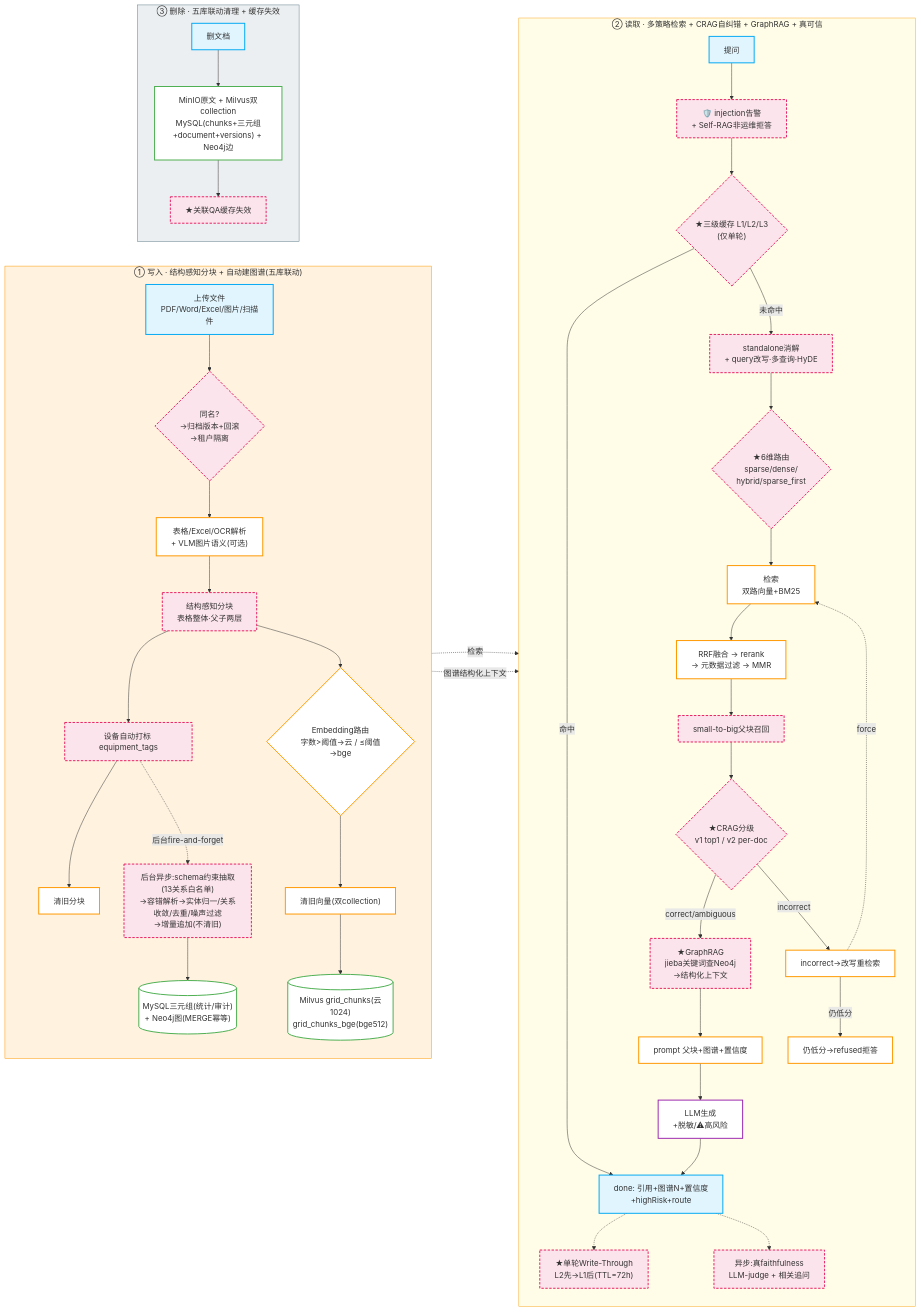
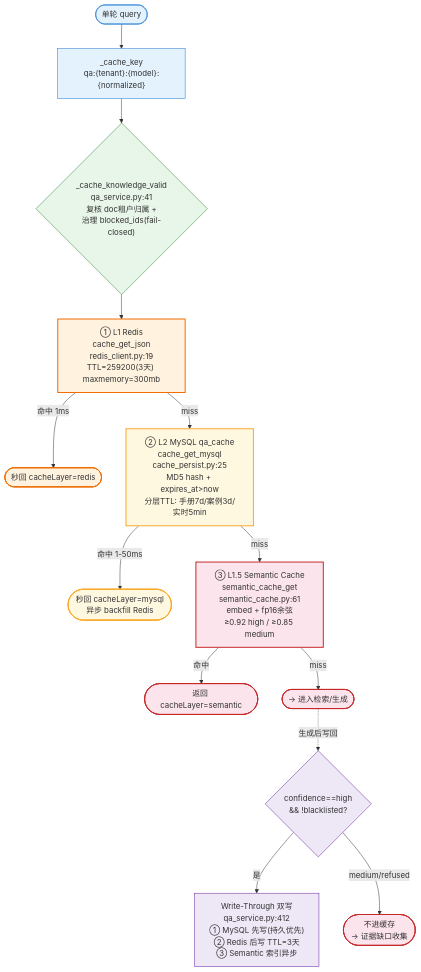
Before and after one commit to zhyese/grid-qa: diagram 12 of 29 in README.md, drawn with Mermaid. The commit also changed other lines of this file and 2 other files, not shown here.

First line of the commit message:
docs(rag): README 全量重组(RAG三功能29架构图) + release包目录健壮性

````diff
--- a/README.md
+++ b/README.md
@@ -275,76 +461,25 @@
 ```mermaid
-flowchart LR
-    classDef io fill:#e1f5fe,stroke:#03a9f4,stroke-width:2px
-    classDef process fill:#ffffff,stroke:#ff9800,stroke-width:2px
-    classDef storage fill:#ffffff,stroke:#4caf50,stroke-width:2px
-    classDef llm fill:#ffffff,stroke:#9c27b0,stroke-width:2px
-    classDef new fill:#fce4ec,stroke:#e91e63,stroke-width:2px,stroke-dasharray:5 3
+flowchart TD
+    classDef q fill:#e3f2fd,stroke:#1976d2
+    classDef l1 fill:#fff3e0,stroke:#ef6c00,stroke-width:2px
+    classDef l2 fill:#fff8e1,stroke:#f9a825,stroke-width:2px
+    classDef l15 fill:#fce4ec,stroke:#c62828,stroke-width:2px
+    classDef gate fill:#e8f5e9,stroke:#2e7d32
+    classDef write fill:#ede7f6,stroke:#6a1b9a
 
-    subgraph W["① 写入 · 结构感知分块 + 自动建图谱(五库联动)"]
-        direction TB
-        U["上传文件<br/>PDF/Word/Excel/图片/扫描件"]:::io
-        Ver{"同名?<br/>→归档版本+回滚<br/>→租户隔离"}:::new
-        P["表格/Excel/OCR解析<br/>+ VLM图片语义(可选)"]:::process
-        SK["结构感知分块<br/>表格整体·父子两层"]:::new
-        EQ["设备自动打标 equipment_tags"]:::new
-        CLR1["清旧分块"]:::process
-        V{"Embedding路由<br/>字数&gt;阈值→云 / ≤阈值→bge"}:::process
-        CLR2["清旧向量(双collection)"]:::process
-        VMIL[("Milvus grid_chunks(云1024)<br/>grid_chunks_bge(bge512)")]:::storage
-        K["后台异步:schema约束抽取(13关系白名单)<br/>→容错解析→实体归一/关系收敛/去重/噪声过滤<br/>→增量追加(不清旧)"]:::new
-        KG[("MySQL三元组(统计/审计)<br/>+ Neo4j图(MERGE幂等)")]:::storage
-        U --> Ver --> P
-        P --> SK --> EQ --> CLR1
-        SK --> V --> CLR2 --> VMIL
-        EQ -.->|后台fire-and-forget| K
-        K --> KG
-    end
+    Q([单轮 query]):::q
+    Q --> KV["_cache_key<br/>qa:{tenant}:{model}:{normalized}"]:::q
+    KV --> GATE{"_cache_knowledge_valid<br/>qa_service.py:41<br/>复核 doc租户归属 +<br/>治理 blocked_ids(fail-closed)"}:::gate
 
-    subgraph R["② 读取 · 多策略检索 + CRAG自纠错 + GraphRAG + 真可信"]
-        direction TB
-        Q["提问"]:::io
-        GUARD["🛡️ injection告警<br/>+ Self-RAG非运维拒答"]:::new
-        CC{"★三级缓存 L1/L2/L3<br/>(仅单轮)"}:::new
-        ST["standalone消解<br/>+ query改写·多查询·HyDE"]:::new
-        RT{"★6维路由<br/>sparse/dense/<br/>hybrid/sparse_first"}:::new
-        RT2["检索<br/>双路向量+BM25"]:::process
-        RRF["RRF融合 → rerank<br/>→ 元数据过滤 → MMR"]:::process
-        PE["small-to-big父块召回"]:::new
-        CG{"★CRAG分级<br/>v1 top1 / v2 per-doc"}:::new
-        RW["incorrect→改写重检索"]:::process
-        RF["仍低分→refused拒答"]:::process
-        GC["★GraphRAG<br/>jieba关键词查Neo4j<br/>→结构化上下文"]:::new
-        PF["prompt 父块+图谱+置信度"]:::process
-        L["LLM生成<br/>+脱敏/⚠高风险"]:::llm
-        Done["done: 引用+图谱N+置信度<br/>+highRisk+route"]:::io
-        FJ["异步:真faithfulness<br/>LLM-judge + 相关追问"]:::new
-        WT["★单轮Write-Through<br/>L2先→L1后(TTL=72h)"]:::new
-        Q --> GUARD --> CC
-        CC -->|命中| Done
-        CC -->|未命中| ST --> RT --> RT2 --> RRF --> PE --> CG
-        CG -->|correct/ambiguous| GC
-        CG -->|incorrect| RW
-        RW -.->|force| RT2
-        RW -->|仍低分| RF
-        GC --> PF --> L --> Done
-        Done -.-> WT
-        Done -.-> FJ
-    end
+    GATE --> L1["① L1 Redis<br/>cache_get_json<br/>redis_client.py:19<br/>TTL=259200(3天) maxmemory=300mb"]:::l1
+    L1 -- 命中 1ms --> HIT([秒回 cacheLayer=redis]):::l1
+    L1 -- miss --> L2["② L2 MySQL qa_cache<br/>cache_get_mysql<br/>cache_persist.py:25<br/>MD5 hash + expires_at>now<br/>分层TTL: 手册7d/案例3d/实时5min"]:::l2
+    L2 -- 命中 1-50ms --> HIT2([秒回 cacheLayer=mysql<br/>异步 backfill Redis]):::l2
+    L2 -- miss --> L15["③ L1.5 Semantic Cache<br/>semantic_cache_get<br/>semantic_cache.py:61<br/>embed + fp16余弦<br/>≥0.92 high / ≥0.85 medium"]:::l15
+    L15 -- 命中 --> HIT3([返回 cacheLayer=semantic]):::l15
+    L15 -- miss --> MISS([→ 进入检索/生成]):::l15
 
-    subgraph D["③ 删除 · 五库联动清理 + 缓存失效"]
-        direction TB
-        DEL["删文档"]:::io
-        CL["MinIO原文 + Milvus双collection<br/>MySQL(chunks+三元组+document+versions) + Neo4j边"]:::storage
-        CINV["★关联QA缓存失效"]:::new
-        DEL --> CL --> CINV
-    end
-
-    %% 闭环：写入产物 → 读取消费（数据真正流转，不再孤岛）
-    VMIL -.->|检索| RT2
-    KG -.->|图谱结构化上下文| GC
-
-    style W fill:#fff3e0,stroke:#ff9800
-    style R fill:#fffde7,stroke:#f9a825
-    style D fill:#eceff1,stroke:#607d8b
-
+    MISS -. 生成后写回 .-> W{"confidence==high<br/>&& !blacklisted?"}:::write
+    W -- 是 --> W2["Write-Through 双写<br/>qa_service.py:412<br/>① MySQL 先写(持久优先)<br/>② Redis 后写 TTL=3天<br/>③ Semantic 索引异步"]:::write
+    W -- medium/refused --> NO([不进缓存<br/>→ 证据缺口收集]):::l15
 ```
````
